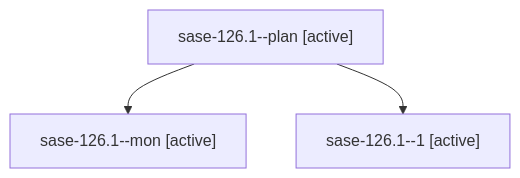
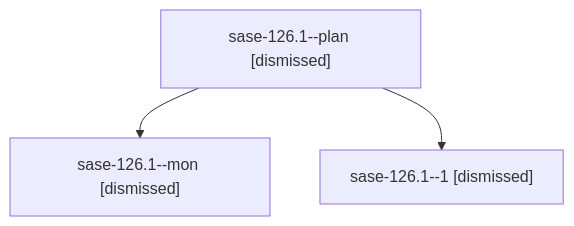
One commit to sase-org/sase--agents changed the diagram in sessions/bbugyi200.athena.sase-126.1.md. Above: the diagram before and after it, drawn with Mermaid. The commit also changed other lines of this file and 198 other files, not shown here.

````diff
--- a/sessions/bbugyi200.athena.sase-126.1.md
+++ b/sessions/bbugyi200.athena.sase-126.1.md
@@ -9,8 +9,8 @@
 ```mermaid
 flowchart TD
-  n0["sase-126.1--plan [active]"]
-  n1["sase-126.1--mon [active]"]
+  n0["sase-126.1--plan [dismissed]"]
+  n1["sase-126.1--mon [dismissed]"]
   n0 --> n1
-  n2["sase-126.1--1 [active]"]
+  n2["sase-126.1--1 [dismissed]"]
   n0 --> n2
 ```
````
